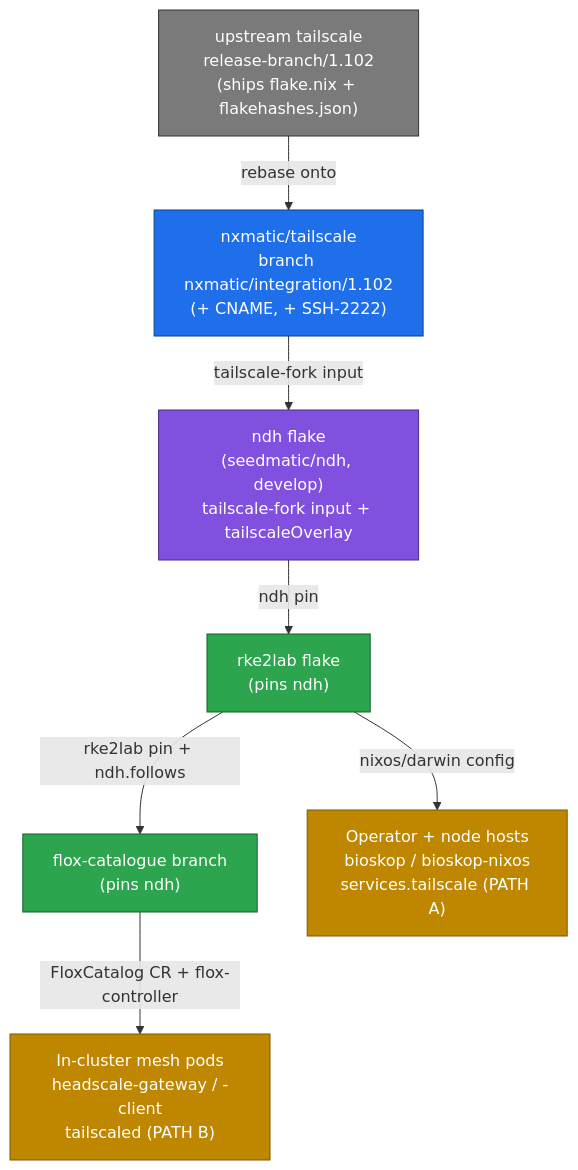
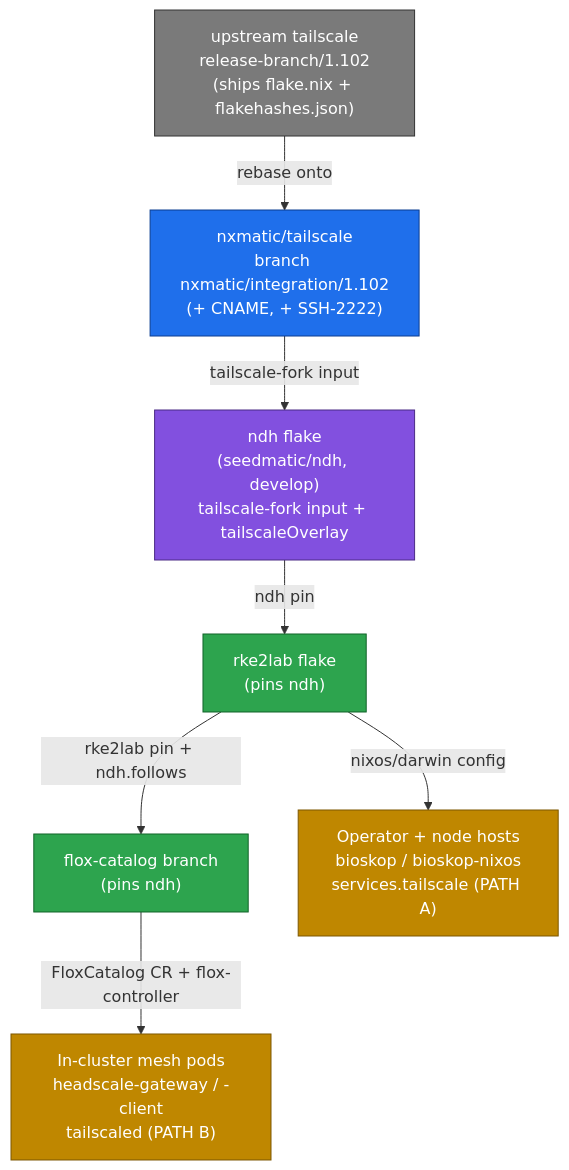
The first of 2 diagrams in docs/architecture/nixos-substrate/tailscale-fork-supply-chain.adoc (seedmatic/rke2lab), drawn with Mermaid before and after one commit. The commit also changed other lines of this file and 21 other files, not shown here.

```diff
--- a/docs/architecture/nixos-substrate/tailscale-fork-supply-chain.adoc
+++ b/docs/architecture/nixos-substrate/tailscale-fork-supply-chain.adoc
@@ -38,27 +38,27 @@
 [mermaid]
 ....
 graph TD
     UP["upstream tailscale<br/>release-branch/1.102<br/>(ships flake.nix + flakehashes.json)"]:::ext
     FORK["nxmatic/tailscale<br/>branch nxmatic/integration/1.102<br/>(+ CNAME, + SSH-2222)"]:::fork
 
     NDH["ndh flake<br/>(seedmatic/ndh, develop)<br/>tailscale-fork input + tailscaleOverlay"]:::ssot
 
     RKE["rke2lab flake<br/>(pins ndh)"]:::consumer
-    CAT["flox-catalogue branch<br/>(pins ndh)"]:::consumer
+    CAT["flox-catalog branch<br/>(pins ndh)"]:::consumer
 
     HOSTS["Operator + node hosts<br/>bioskop / bioskop-nixos<br/>services.tailscale (PATH A)"]:::runtime
     MESH["In-cluster mesh pods<br/>headscale-gateway / -client<br/>tailscaled (PATH B)"]:::runtime
 
     UP -->|rebase onto| FORK
     FORK -->|tailscale-fork input| NDH
     NDH -->|ndh pin| RKE
     RKE -->|"rke2lab pin + ndh.follows"| CAT
     RKE -->|nixos/darwin config| HOSTS
     CAT -->|FloxCatalog CR + flox-controller| MESH
 
     classDef ext fill:#7a7a7a,stroke:#333,color:#fff;
     classDef fork fill:#1f6feb,stroke:#0b3d91,color:#fff;
     classDef ssot fill:#8250df,stroke:#4b2a86,color:#fff;
     classDef consumer fill:#2da44e,stroke:#116329,color:#fff;
     classDef runtime fill:#bf8700,stroke:#7d5700,color:#fff;
 ....
```
